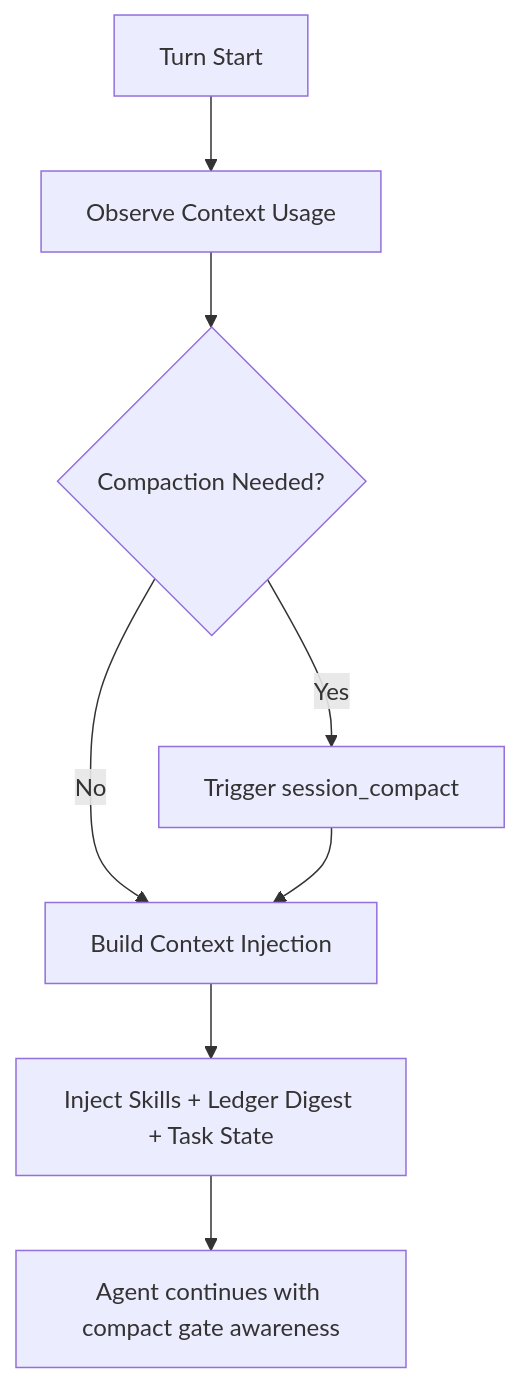
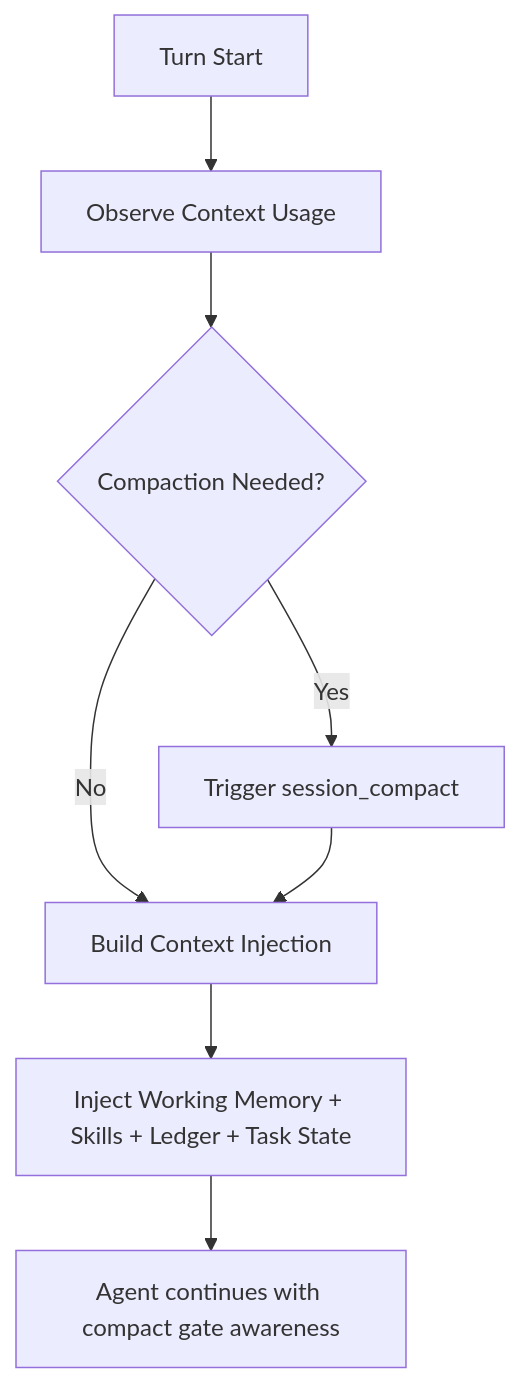
The diagram in docs/journeys/context-and-compaction.md (arcthur/pi-roaster), drawn with Mermaid before and after one commit. The commit also changed other lines of this file and 39 other files, not shown here.

````diff
--- a/docs/journeys/context-and-compaction.md
+++ b/docs/journeys/context-and-compaction.md
@@ -7,10 +12,10 @@
 ```mermaid
 flowchart TD
   A["Turn Start"] --> B["Observe Context Usage"]
   B --> C{"Compaction Needed?"}
   C -->|Yes| D["Trigger session_compact"]
   C -->|No| E["Build Context Injection"]
   D --> E
-  E --> F["Inject Skills + Ledger Digest + Task State"]
+  E --> F["Inject Working Memory + Skills + Ledger + Task State"]
   F --> G["Agent continues with compact gate awareness"]
 ```
````
